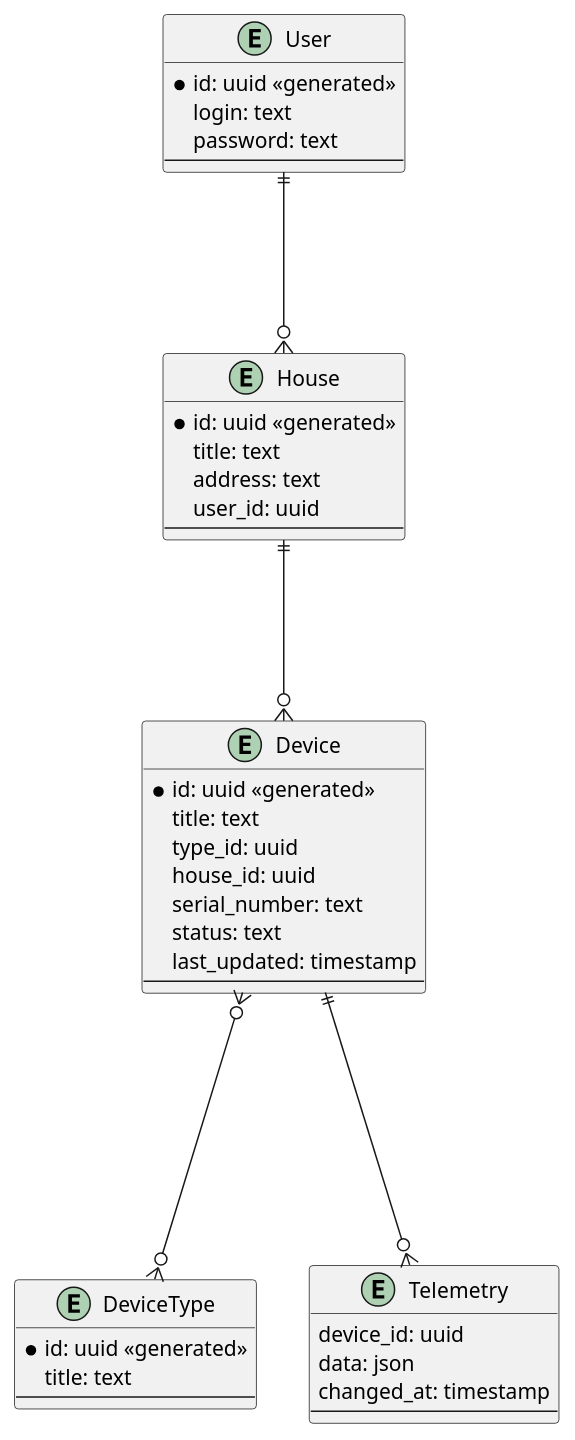
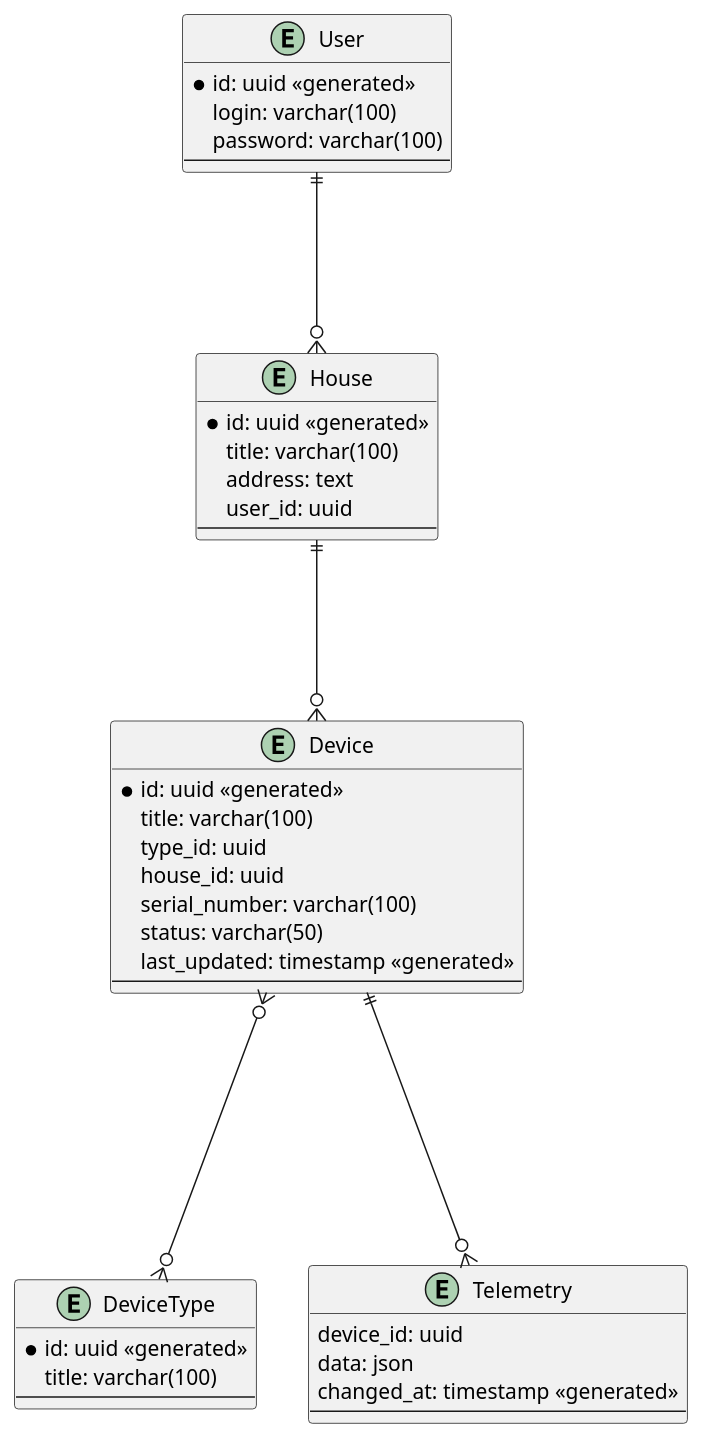
One commit to snakeduse/architecture-sprint-3 changed the diagram in diagrams/ERDiagram.puml. Above: the diagram before and after it, drawn with PlantUML. The commit also changed 3 other files, not shown here.

```diff
--- a/diagrams/ERDiagram.puml
+++ b/diagrams/ERDiagram.puml
@@ -1,47 +1,47 @@
 @startuml
 
 entity User {
   * id: uuid <<generated>>
-  login: text
-  password: text
+  login: varchar(100)
+  password: varchar(100)
   --
 }
 
 entity House {
   * id: uuid <<generated>>
-  title: text
+  title: varchar(100)
   address: text
   user_id: uuid
   --
 }
 
 entity Device {
   * id: uuid <<generated>>
-  title: text
+  title: varchar(100)
   type_id: uuid
   house_id: uuid
-  serial_number: text
-  status: text
-  last_updated: timestamp
+  serial_number: varchar(100)
+  status: varchar(50)
+  last_updated: timestamp <<generated>>
   --
 }
 
 entity DeviceType {
   * id: uuid <<generated>>
-  title: text
+  title: varchar(100)
   --
 }
 
 entity Telemetry {
   device_id: uuid
   data: json
-  changed_at: timestamp
+  changed_at: timestamp <<generated>>
   --
 }
 
 User ||---o{ House
 House ||---o{ Device
 Device }o----o{ DeviceType
 Device ||----o{ Telemetry
 
 @enduml
```
